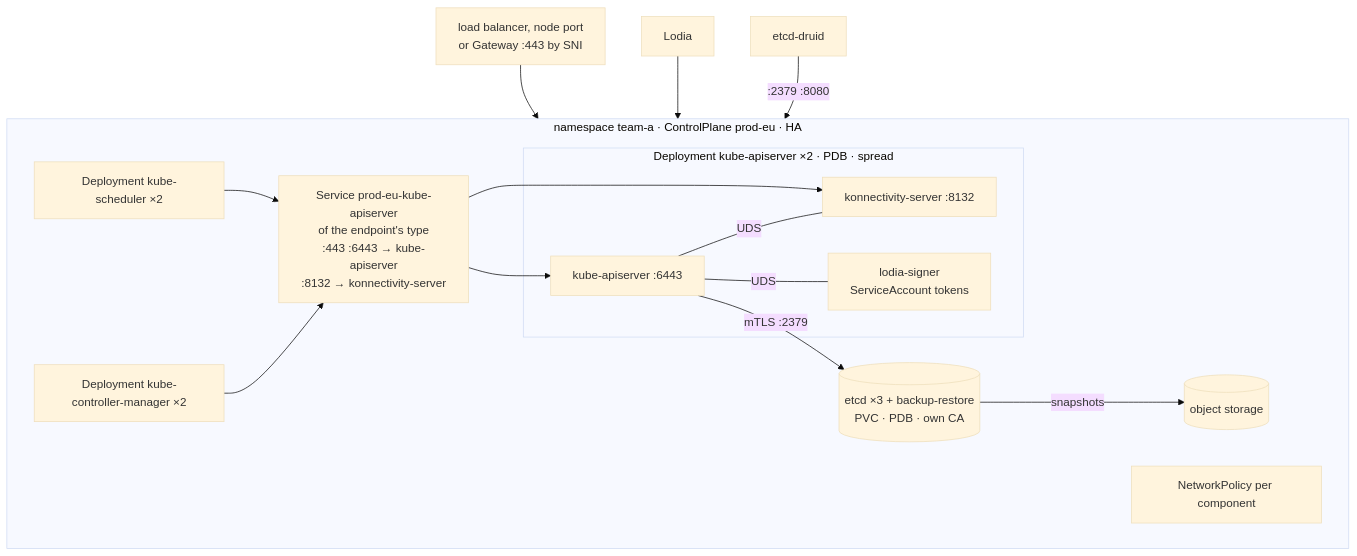
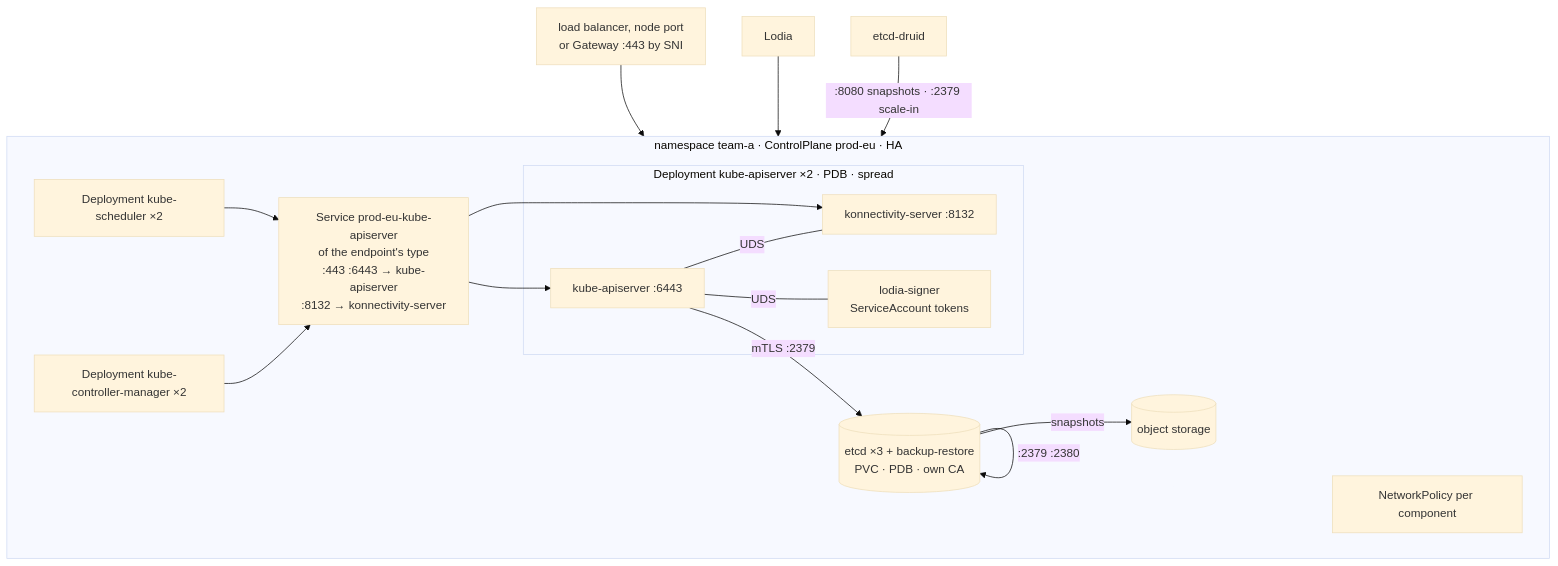
Before and after one commit to lodia-io/lodia: the third of 7 diagrams in docs/README.md, drawn with Mermaid (base theme). The commit also changed other lines of this file and 16 other files, not shown here.

````diff
--- a/docs/README.md
+++ b/docs/README.md
@@ -115,23 +115,24 @@
 ```mermaid
 flowchart TB
   subgraph ns["namespace team-a · ControlPlane prod-eu · HA"]
     direction LR
     subgraph kas["Deployment kube-apiserver ×2 · PDB · spread"]
       a["kube-apiserver :6443"] ---|UDS| k["konnectivity-server :8132"]
       a ---|UDS| sg["lodia-signer<br/>ServiceAccount tokens"]
     end
     kcm["Deployment kube-controller-manager ×2"]
     sch["Deployment kube-scheduler ×2"]
     etcd[("etcd ×3 + backup-restore<br/>PVC · PDB · own CA")]
     svc["Service prod-eu-kube-apiserver<br/>of the endpoint's type<br/>:443 :6443 → kube-apiserver<br/>:8132 → konnectivity-server"]
     np["NetworkPolicy per component"]
     kcm --> svc --> a
     sch --> svc
     svc --> k
     a -->|mTLS :2379| etcd
+    etcd -->|":2379 :2380"| etcd
     etcd -->|snapshots| s3[(object storage)]
   end
   ep["load balancer, node port<br/>or Gateway :443 by SNI"] --> svc
   op["Lodia"] --> svc
-  druid["etcd-druid"] -->|:2379 :8080| etcd
+  druid["etcd-druid"] -->|":8080 snapshots · :2379 scale-in"| etcd
 ```
````
